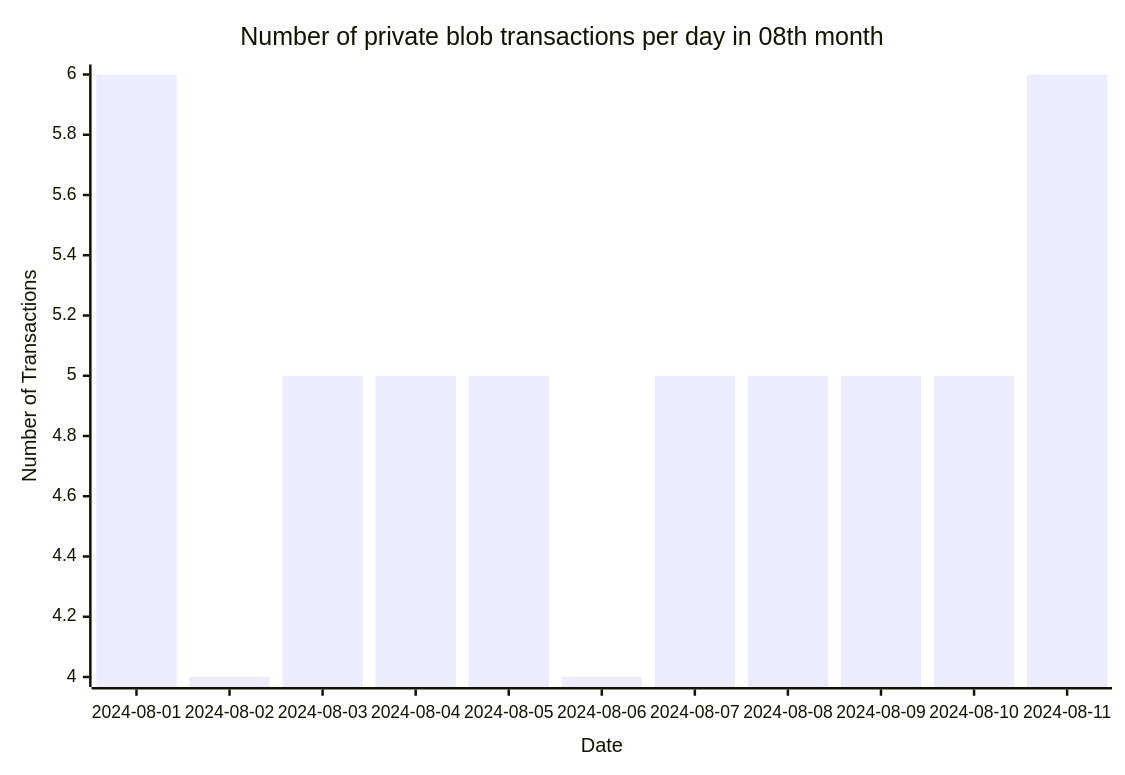
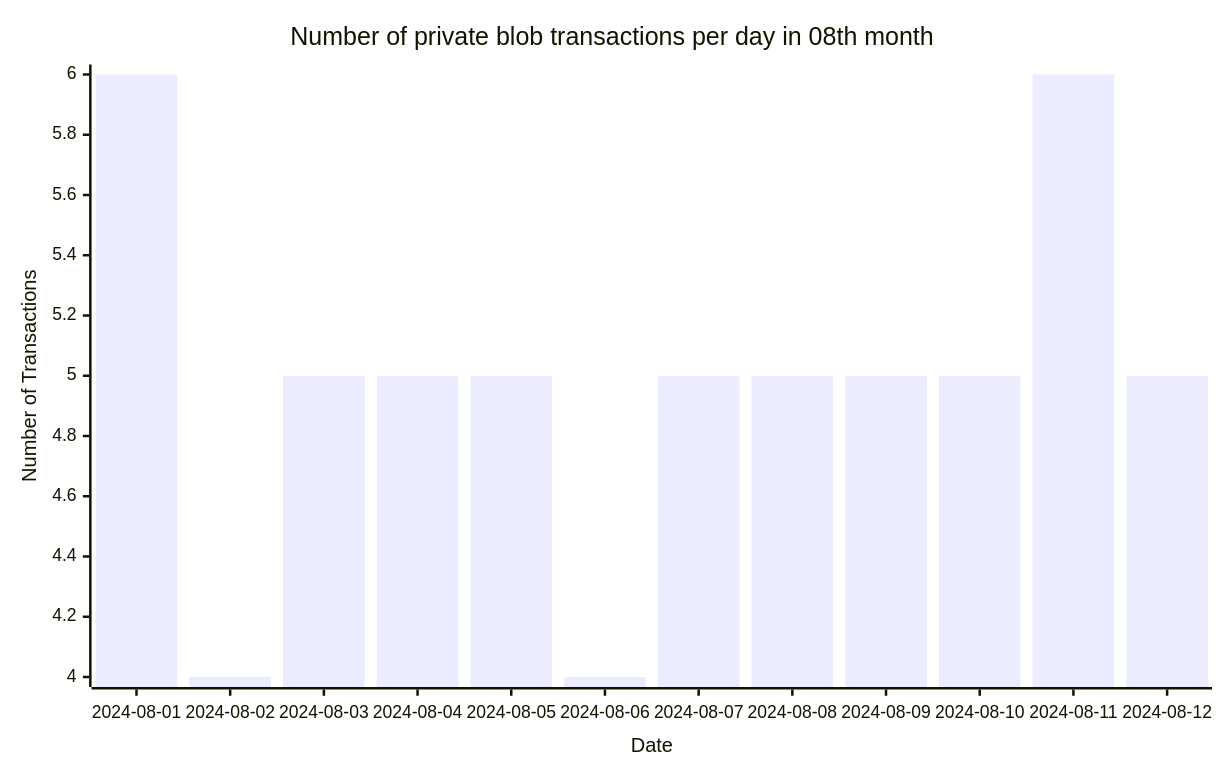
Before and after one commit to Amit0617/eip4844-data: the sixth of 6 diagrams in README.md, drawn with Mermaid. The commit also changed 1 other file, not shown here.

````diff
--- a/README.md
+++ b/README.md
@@ -66,12 +66,12 @@
 ```mermaid
 ---
 config:
     xyChart:
-        width: 880
+        width: 960
         height: 600
 ---
 xychart-beta title "Number of private blob transactions per day in 08th month"
-x-axis "Date" [2024-08-01,2024-08-02,2024-08-03,2024-08-04,2024-08-05,2024-08-06,2024-08-07,2024-08-08,2024-08-09,2024-08-10,2024-08-11]
+x-axis "Date" [2024-08-01,2024-08-02,2024-08-03,2024-08-04,2024-08-05,2024-08-06,2024-08-07,2024-08-08,2024-08-09,2024-08-10,2024-08-11,2024-08-12]
 y-axis "Number of Transactions"
-bar[6,4,5,5,5,4,5,5,5,5,6]
+bar[6,4,5,5,5,4,5,5,5,5,6,5]
 ```
````
